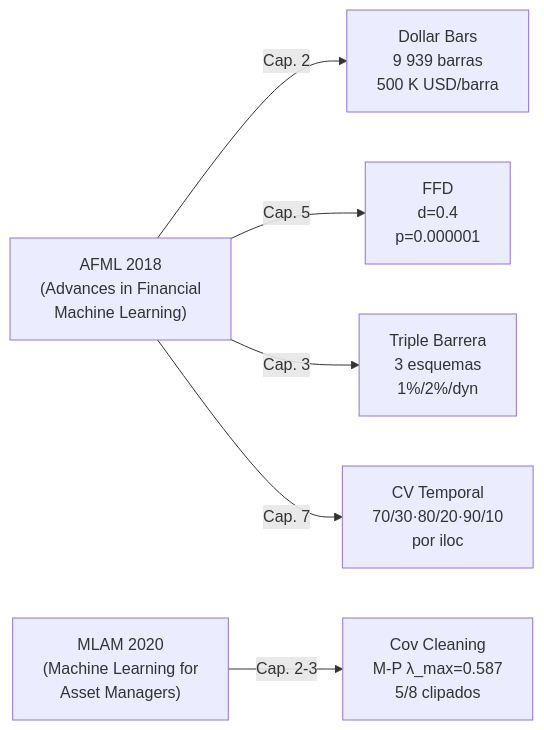
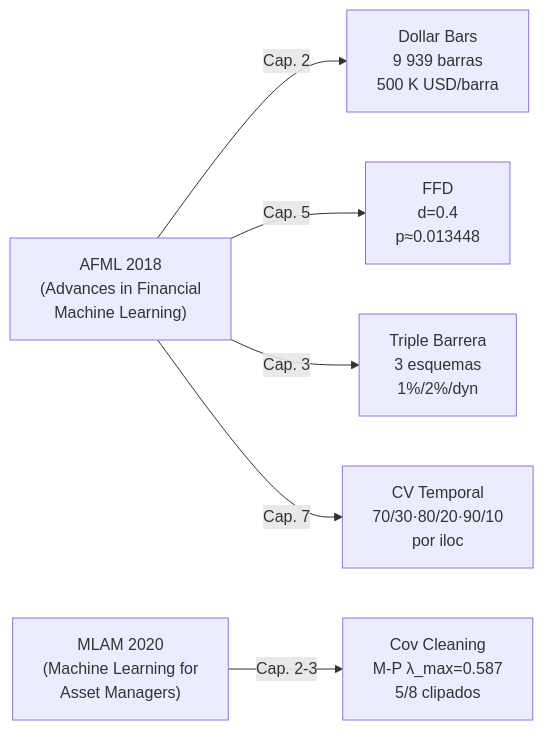
The second of 2 diagrams in docs/DEFENSA_ORAL.md (Romequinco/TAREA_PROCESADO_DATOS_FINANCIEROS_PARA_MACHINE_LEARNING), drawn with Mermaid before and after one commit. The commit also changed other lines of this file and 1 other file, not shown here.

````diff
--- a/docs/DEFENSA_ORAL.md
+++ b/docs/DEFENSA_ORAL.md
@@ -149,11 +149,11 @@
 ```mermaid
 flowchart LR
     AFML["AFML 2018\n(Advances in Financial\nMachine Learning)"]
     MLAM["MLAM 2020\n(Machine Learning for\nAsset Managers)"]
 
     AFML -->|Cap. 2| B["Dollar Bars\n9 939 barras\n500 K USD/barra"]
-    AFML -->|Cap. 5| C["FFD\nd=0.4\np=0.000001"]
+    AFML -->|Cap. 5| C["FFD\nd=0.4\np≈0.013448"]
     AFML -->|Cap. 3| D["Triple Barrera\n3 esquemas\n1%/2%/dyn"]
     AFML -->|Cap. 7| E["CV Temporal\n70/30·80/20·90/10\npor iloc"]
     MLAM -->|Cap. 2-3| F["Cov Cleaning\nM-P λ_max=0.587\n5/8 clipados"]
 ```
````
